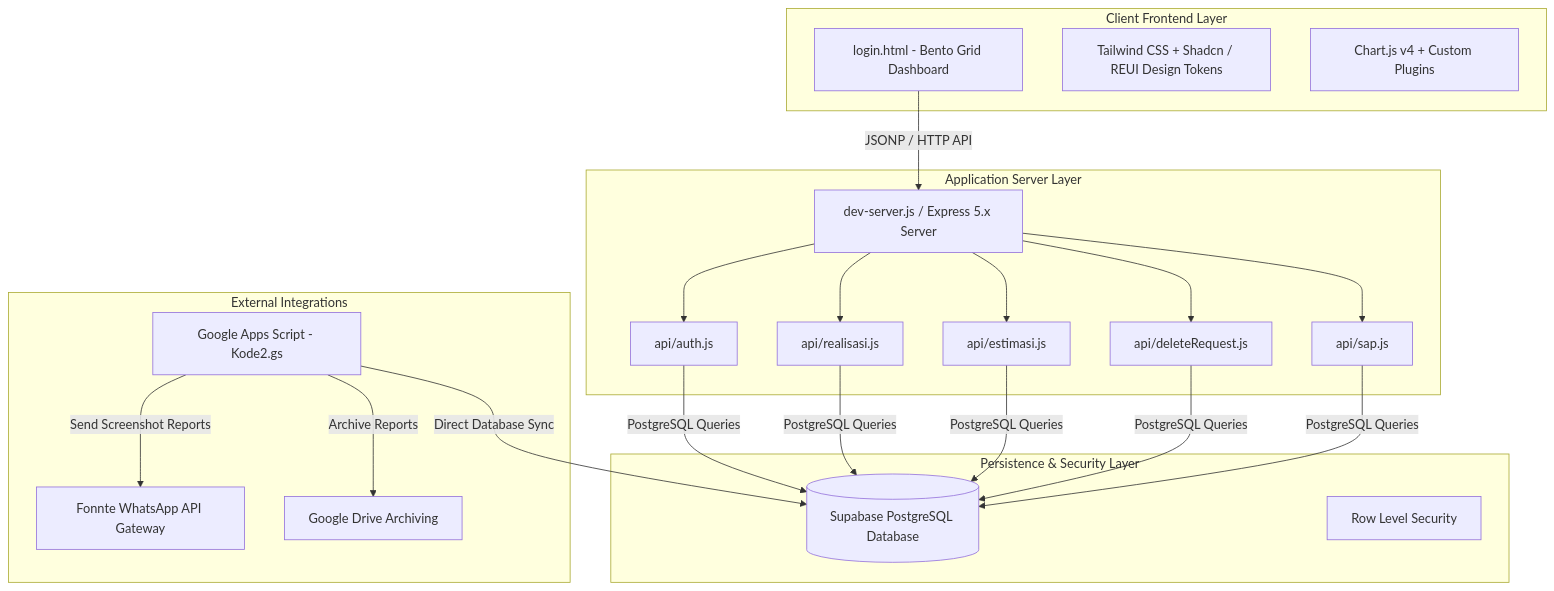
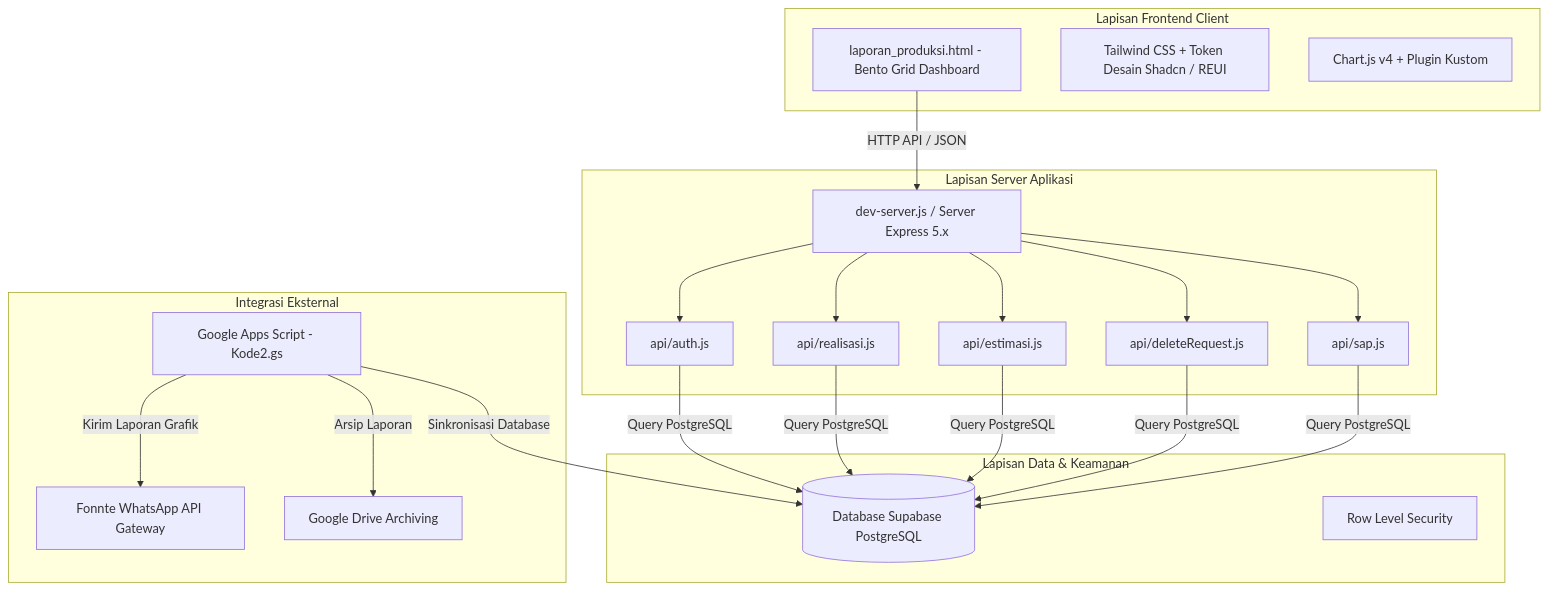
The diagram in prd.md (adminagripam-oss/AGRIPAM), drawn with Mermaid before and after one commit. The commit also changed other lines of this file and 2 other files, not shown here.

Commit message:
Translate PRD into Indonesian and include full parallel pagination & React date sync updates

````diff
--- a/prd.md
+++ b/prd.md
@@ -84,35 +84,35 @@
 ```mermaid
 graph TD
-    subgraph Client [Client Frontend Layer]
-        UI[login.html - Bento Grid Dashboard]
-        CSS[Tailwind CSS + Shadcn / REUI Design Tokens]
-        CJS[Chart.js v4 + Custom Plugins]
+    subgraph Client [Lapisan Frontend Client]
+        UI[laporan_produksi.html - Bento Grid Dashboard]
+        CSS[Tailwind CSS + Token Desain Shadcn / REUI]
+        CJS[Chart.js v4 + Plugin Kustom]
     end
 
-    subgraph Server [Application Server Layer]
-        EXP[dev-server.js / Express 5.x Server]
+    subgraph Server [Lapisan Server Aplikasi]
+        EXP[dev-server.js / Server Express 5.x]
         API_AUTH[api/auth.js]
         API_REAL[api/realisasi.js]
         API_EST[api/estimasi.js]
         API_DEL[api/deleteRequest.js]
         API_SAP[api/sap.js]
     end
 
-    subgraph Database [Persistence & Security Layer]
-        PG[(Supabase PostgreSQL Database)]
+    subgraph Database [Lapisan Data & Keamanan]
+        PG[(Database Supabase PostgreSQL)]
         RLS[Row Level Security]
     end
 
-    subgraph External [External Integrations]
+    subgraph External [Integrasi Eksternal]
         GAS[Google Apps Script - Kode2.gs]
         WA[Fonnte WhatsApp API Gateway]
         GDrive[Google Drive Archiving]
     end
 
-    UI -->|JSONP / HTTP API| EXP
+    UI -->|HTTP API / JSON| EXP
     EXP --> API_AUTH & API_REAL & API_EST & API_DEL & API_SAP
-    API_AUTH & API_REAL & API_EST & API_DEL & API_SAP -->|PostgreSQL Queries| PG
-    GAS -->|Direct Database Sync| PG
-    GAS -->|Send Screenshot Reports| WA
-    GAS -->|Archive Reports| GDrive
+    API_AUTH & API_REAL & API_EST & API_DEL & API_SAP -->|Query PostgreSQL| PG
+    GAS -->|Sinkronisasi Database| PG
+    GAS -->|Kirim Laporan Grafik| WA
+    GAS -->|Arsip Laporan| GDrive
 ```
````
